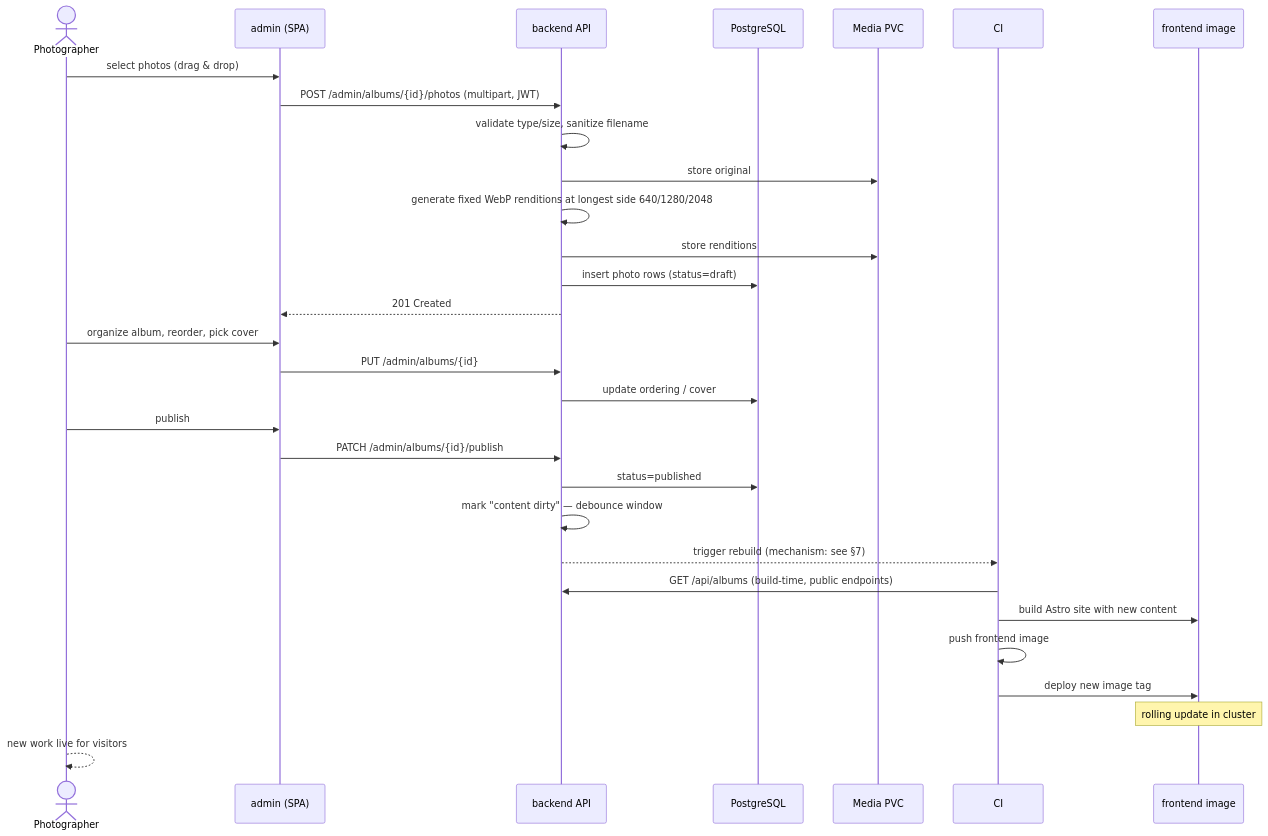
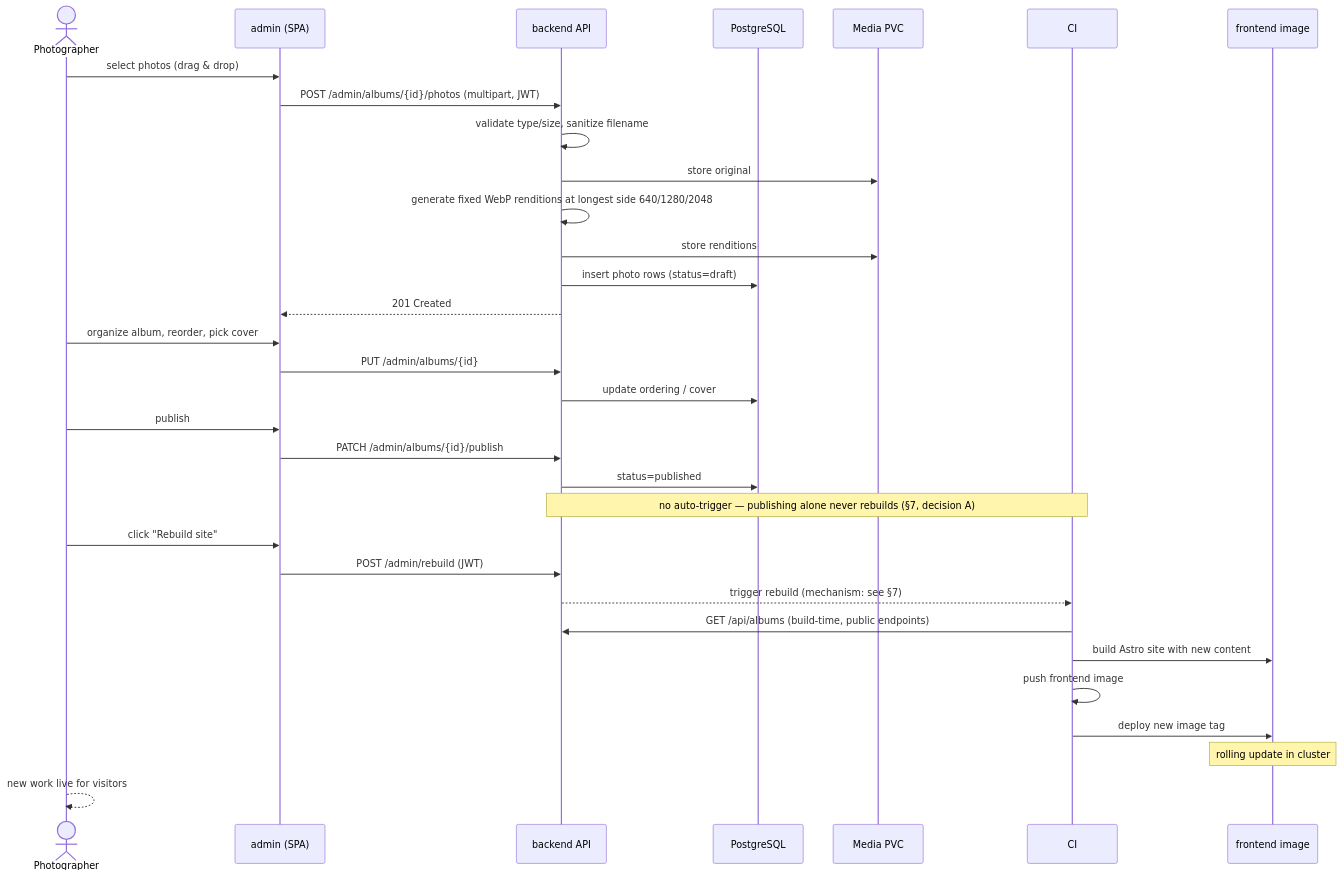
The third of 5 diagrams in ARCHITECTURE.md (toledobrendo/btagila-portfolio), drawn with Mermaid before and after one commit. The commit also changed other lines of this file and 7 other files, not shown here.

````diff
--- a/ARCHITECTURE.md
+++ b/ARCHITECTURE.md
@@ -107,37 +107,40 @@
 ```mermaid
 sequenceDiagram
     actor Ph as Photographer
     participant Admin as admin (SPA)
     participant API as backend API
     participant DB as PostgreSQL
     participant Vol as Media PVC
     participant CI as CI
     participant FE as frontend image
 
     Ph->>Admin: select photos (drag & drop)
     Admin->>API: POST /admin/albums/{id}/photos (multipart, JWT)
     API->>API: validate type/size, sanitize filename
     API->>Vol: store original
     API->>API: generate fixed WebP renditions at longest side 640/1280/2048
     API->>Vol: store renditions
     API->>DB: insert photo rows (status=draft)
     API-->>Admin: 201 Created
 
     Ph->>Admin: organize album, reorder, pick cover
     Admin->>API: PUT /admin/albums/{id}
     API->>DB: update ordering / cover
 
     Ph->>Admin: publish
     Admin->>API: PATCH /admin/albums/{id}/publish
     API->>DB: status=published
-    API->>API: mark "content dirty" — debounce window
+    Note over API,CI: no auto-trigger — publishing alone never rebuilds (§7, decision A)
+
+    Ph->>Admin: click "Rebuild site"
+    Admin->>API: POST /admin/rebuild (JWT)
     API-->>CI: trigger rebuild (mechanism: see §7)
 
     CI->>API: GET /api/albums (build-time, public endpoints)
     CI->>FE: build Astro site with new content
     CI->>CI: push frontend image
     CI->>FE: deploy new image tag
     Note over FE: rolling update in cluster
 
     Ph-->>Ph: new work live for visitors
 ```
````
